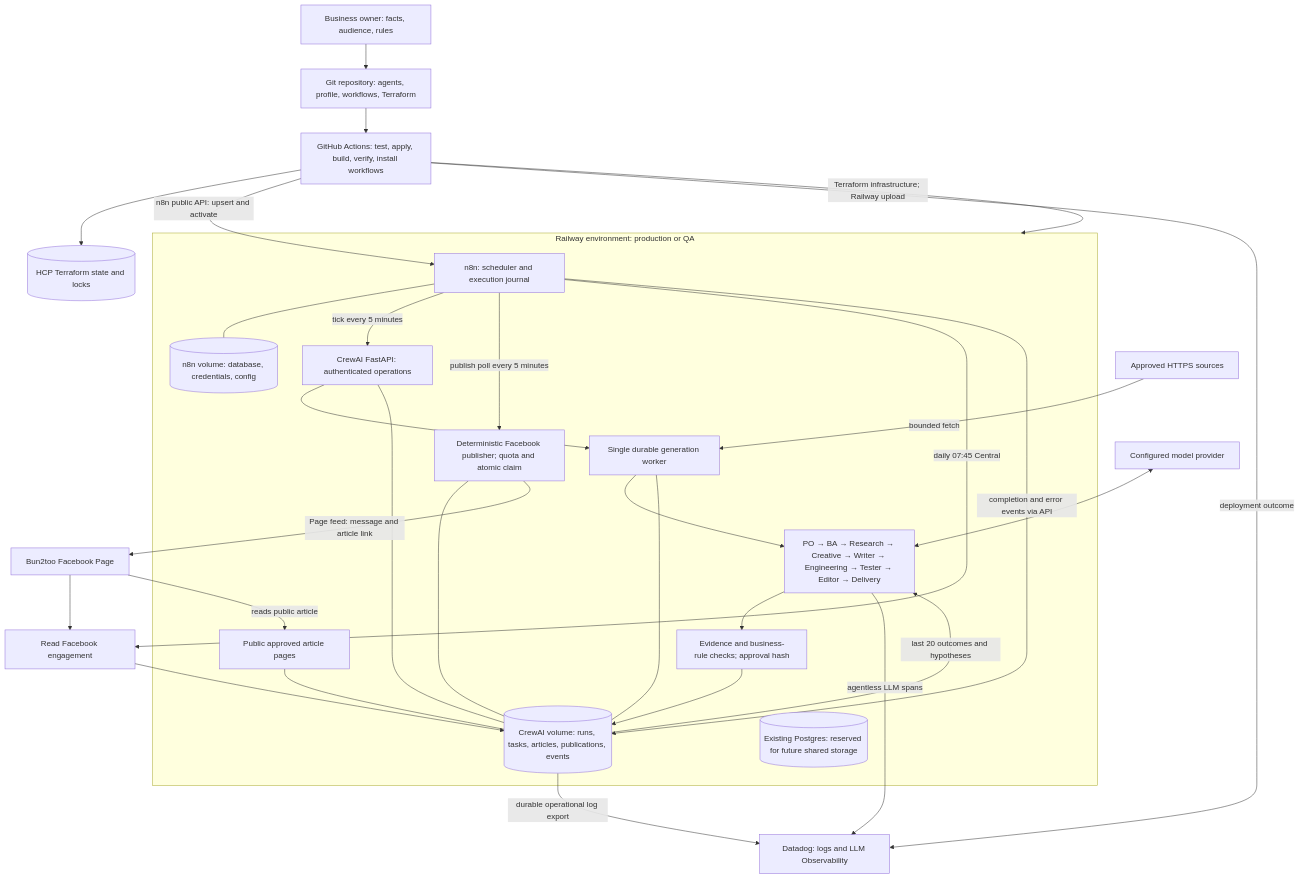
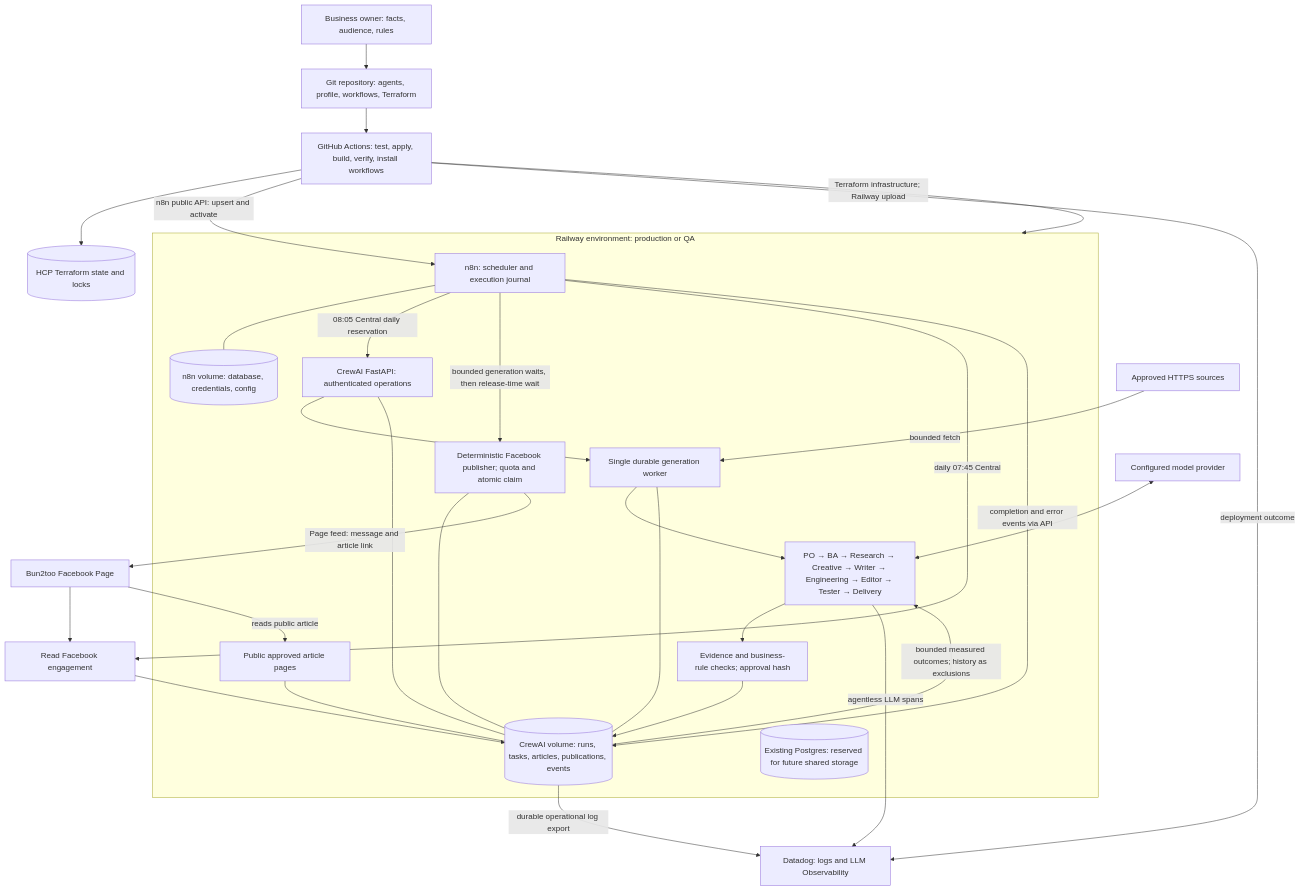
One commit to Bun2too/bun2too changed the diagram in bun2too-crew-team/docs/marketing-architecture.mmd. Above: the diagram before and after it, drawn with Mermaid. The commit also changed 6 other files, not shown here.

```diff
--- a/bun2too-crew-team/docs/marketing-architecture.mmd
+++ b/bun2too-crew-team/docs/marketing-architecture.mmd
@@ -1,42 +1,42 @@
 flowchart TB
   Operator[Business owner: facts, audience, rules]
   Git[Git repository: agents, profile, workflows, Terraform]
   CI[GitHub Actions: test, apply, build, verify, install workflows]
   HCP[(HCP Terraform state and locks)]
   Operator --> Git --> CI
   CI --> HCP
   subgraph Railway[Railway environment: production or QA]
     N8N[n8n: scheduler and execution journal]
     NVol[(n8n volume: database, credentials, config)]
     API[CrewAI FastAPI: authenticated operations]
     Worker[Single durable generation worker]
-    Crew[PO → BA → Research → Creative → Writer → Engineering → Tester → Editor → Delivery]
+    Crew[PO → BA → Research → Creative → Writer → Engineering → Editor → Tester → Delivery]
     Gate[Evidence and business-rule checks; approval hash]
     Publish[Deterministic Facebook publisher; quota and atomic claim]
     Volume[(CrewAI volume: runs, tasks, articles, publications, events)]
     Articles[Public approved article pages]
     PG[(Existing Postgres: reserved for future shared storage)]
     N8N --- NVol
-    N8N -->|tick every 5 minutes| API
+    N8N -->|08:05 Central daily reservation| API
     API --> Worker --> Crew --> Gate
     Worker --- Volume
     Gate --> Volume
-    N8N -->|publish poll every 5 minutes| Publish
+    N8N -->|bounded generation waits, then release-time wait| Publish
     Publish --- Volume
     Articles --- Volume
     API --- Volume
   end
   CI -->|Terraform infrastructure; Railway upload| Railway
   CI -->|n8n public API: upsert and activate| N8N
   Sources[Approved HTTPS sources] -->|bounded fetch| Worker
   LLM[Configured model provider] <--> Crew
   Publish -->|Page feed: message and article link| FB[Bun2too Facebook Page]
   FB -->|reads public article| Articles
   N8N -->|daily 07:45 Central| Metrics[Read Facebook engagement]
   FB --> Metrics --> Volume
-  Volume -->|last 20 outcomes and hypotheses| Crew
+  Volume -->|bounded measured outcomes; history as exclusions| Crew
   DD[Datadog: logs and LLM Observability]
   Volume -->|durable operational log export| DD
   Crew -->|agentless LLM spans| DD
   N8N -->|completion and error events via API| Volume
   CI -->|deployment outcome| DD
```
